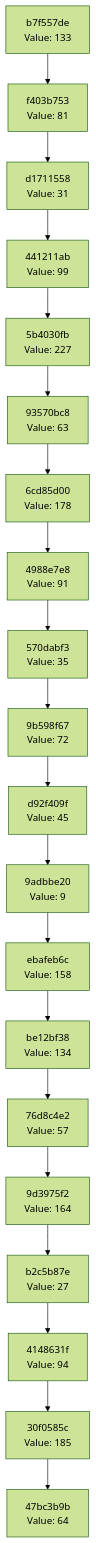
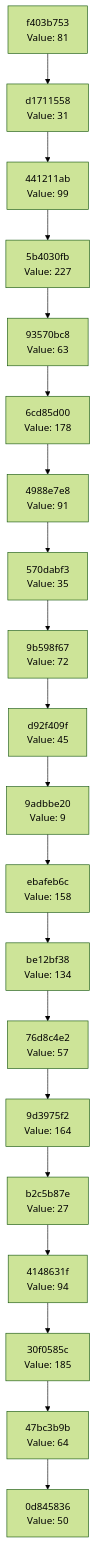
One commit to Abhisheksinha1506/hash-chain-evolver changed the diagram in docs/CHAIN_VISUALIZATION.md. Above: the diagram before and after it, drawn with Mermaid (forest theme). The commit also changed 3 other files, not shown here.

````diff
--- a/docs/CHAIN_VISUALIZATION.md
+++ b/docs/CHAIN_VISUALIZATION.md
@@ -3,42 +3,42 @@
 ```mermaid
 graph TD
-    C0["47bc3b9b<br/>Value: 64"]
-    C1["30f0585c<br/>Value: 185"]
+    C0["0d845836<br/>Value: 50"]
+    C1["47bc3b9b<br/>Value: 64"]
     C1 --> C0
-    C2["4148631f<br/>Value: 94"]
+    C2["30f0585c<br/>Value: 185"]
     C2 --> C1
-    C3["b2c5b87e<br/>Value: 27"]
+    C3["4148631f<br/>Value: 94"]
     C3 --> C2
-    C4["9d3975f2<br/>Value: 164"]
+    C4["b2c5b87e<br/>Value: 27"]
     C4 --> C3
-    C5["76d8c4e2<br/>Value: 57"]
+    C5["9d3975f2<br/>Value: 164"]
     C5 --> C4
-    C6["be12bf38<br/>Value: 134"]
+    C6["76d8c4e2<br/>Value: 57"]
     C6 --> C5
-    C7["ebafeb6c<br/>Value: 158"]
+    C7["be12bf38<br/>Value: 134"]
     C7 --> C6
-    C8["9adbbe20<br/>Value: 9"]
+    C8["ebafeb6c<br/>Value: 158"]
     C8 --> C7
-    C9["d92f409f<br/>Value: 45"]
+    C9["9adbbe20<br/>Value: 9"]
     C9 --> C8
-    C10["9b598f67<br/>Value: 72"]
+    C10["d92f409f<br/>Value: 45"]
     C10 --> C9
-    C11["570dabf3<br/>Value: 35"]
+    C11["9b598f67<br/>Value: 72"]
     C11 --> C10
-    C12["4988e7e8<br/>Value: 91"]
+    C12["570dabf3<br/>Value: 35"]
     C12 --> C11
-    C13["6cd85d00<br/>Value: 178"]
+    C13["4988e7e8<br/>Value: 91"]
     C13 --> C12
-    C14["93570bc8<br/>Value: 63"]
+    C14["6cd85d00<br/>Value: 178"]
     C14 --> C13
-    C15["5b4030fb<br/>Value: 227"]
+    C15["93570bc8<br/>Value: 63"]
     C15 --> C14
-    C16["441211ab<br/>Value: 99"]
+    C16["5b4030fb<br/>Value: 227"]
     C16 --> C15
-    C17["d1711558<br/>Value: 31"]
+    C17["441211ab<br/>Value: 99"]
     C17 --> C16
-    C18["f403b753<br/>Value: 81"]
+    C18["d1711558<br/>Value: 31"]
     C18 --> C17
-    C19["b7f557de<br/>Value: 133"]
+    C19["f403b753<br/>Value: 81"]
     C19 --> C18
 ```
````
